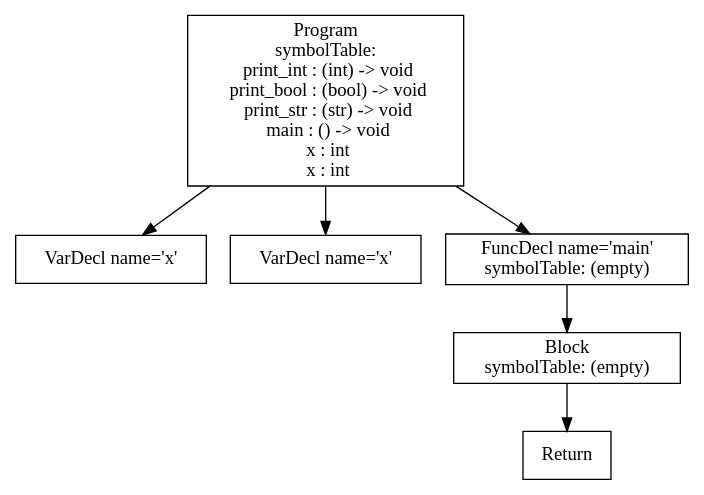
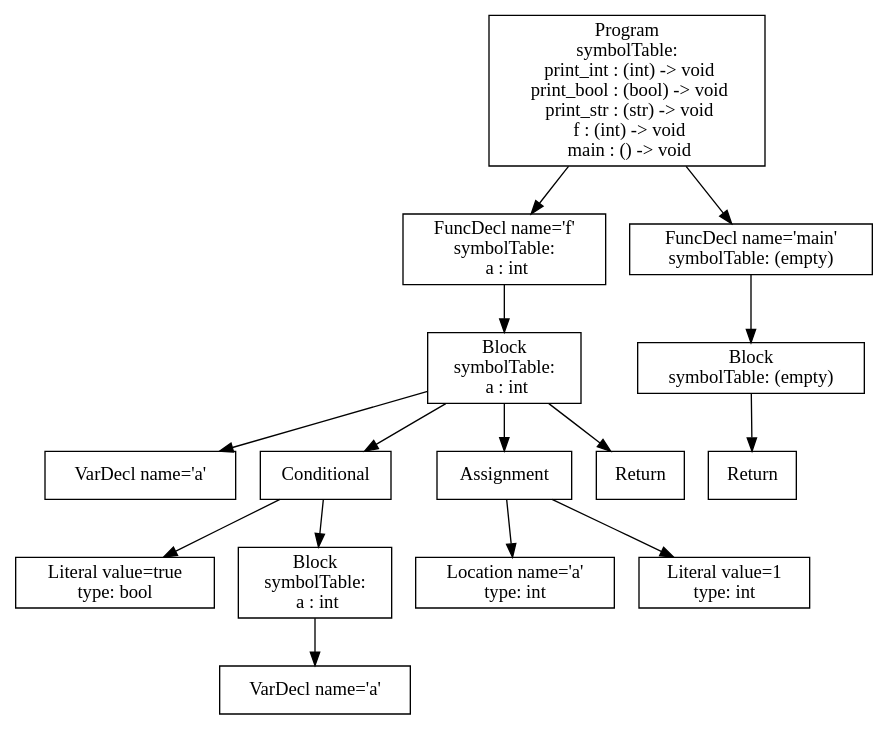
Before and after one commit to purejerome/cs432_project: the diagram in p3-analysis/tree.dot, drawn with Graphviz. The commit also changed 29 other files, not shown here.

```diff
--- a/p3-analysis/tree.dot
+++ b/p3-analysis/tree.dot
@@ -1,13 +1,31 @@
 digraph AST {
-1 [shape=box, label="VarDecl name='x'"];
-2 [shape=box, label="VarDecl name='x'"];
-5 [shape=box, label="Return"];
-4 [shape=box, label="Block\nsymbolTable: (empty)"];
+3 [shape=box, label="VarDecl name='a'"];
+5 [shape=box, label="Literal value=true\ntype: bool"];
+7 [shape=box, label="VarDecl name='a'"];
+6 [shape=box, label="Block\nsymbolTable: \n  a : int"];
+6 -> 7;
+4 [shape=box, label="Conditional"];
 4 -> 5;
-3 [shape=box, label="FuncDecl name='main'\nsymbolTable: (empty)"];
-3 -> 4;
-0 [shape=box, label="Program\nsymbolTable: \n  print_int : (int) -> void\n  print_bool : (bool) -> void\n  print_str : (str) -> void\n  main : () -> void\n  x : int\n  x : int"];
+4 -> 6;
+9 [shape=box, label="Location name='a'\ntype: int"];
+10 [shape=box, label="Literal value=1\ntype: int"];
+8 [shape=box, label="Assignment"];
+8 -> 9;
+8 -> 10;
+11 [shape=box, label="Return"];
+2 [shape=box, label="Block\nsymbolTable: \n  a : int"];
+2 -> 3;
+2 -> 4;
+2 -> 8;
+2 -> 11;
+1 [shape=box, label="FuncDecl name='f'\nsymbolTable: \n  a : int"];
+1 -> 2;
+14 [shape=box, label="Return"];
+13 [shape=box, label="Block\nsymbolTable: (empty)"];
+13 -> 14;
+12 [shape=box, label="FuncDecl name='main'\nsymbolTable: (empty)"];
+12 -> 13;
+0 [shape=box, label="Program\nsymbolTable: \n  print_int : (int) -> void\n  print_bool : (bool) -> void\n  print_str : (str) -> void\n  f : (int) -> void\n  main : () -> void"];
 0 -> 1;
-0 -> 2;
-0 -> 3;
+0 -> 12;
 }
```
